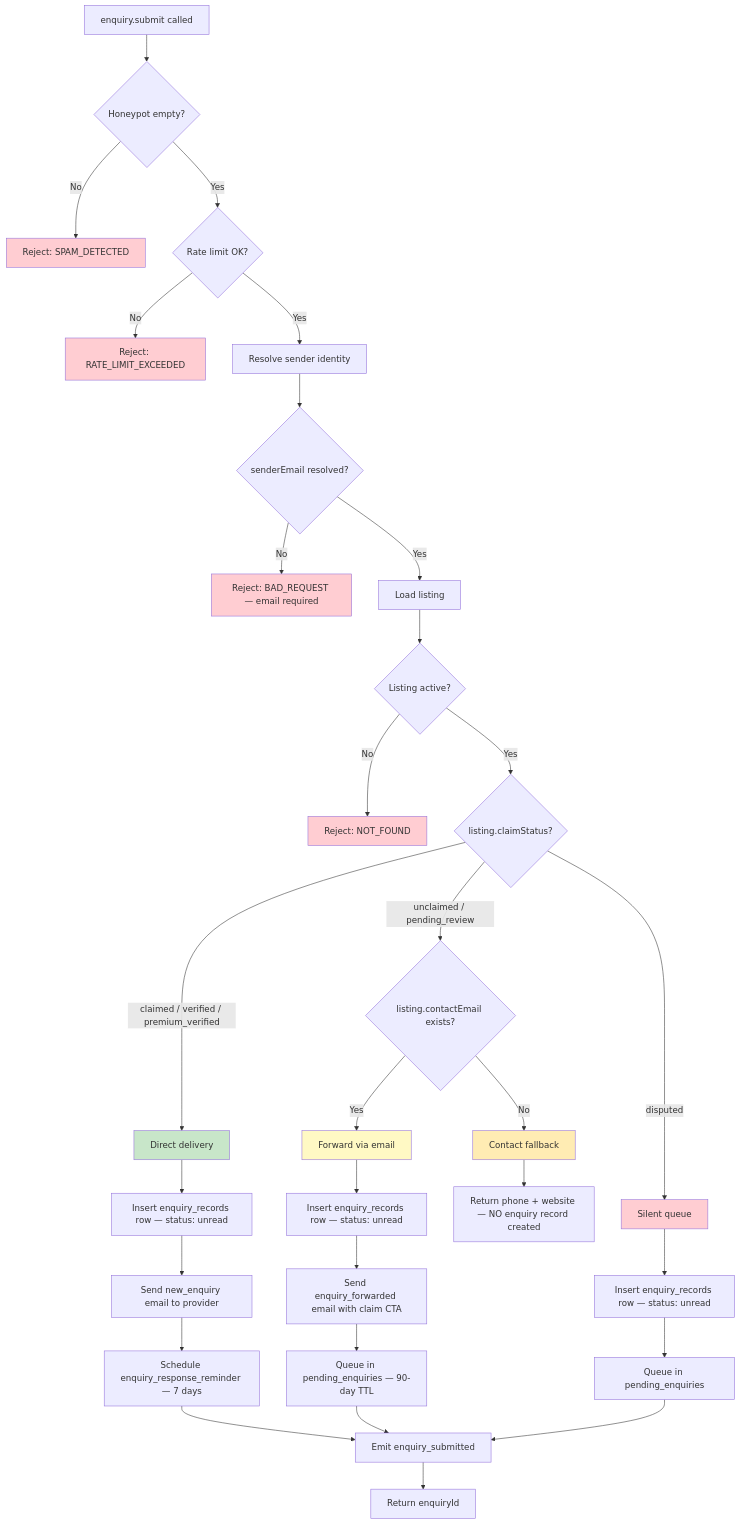
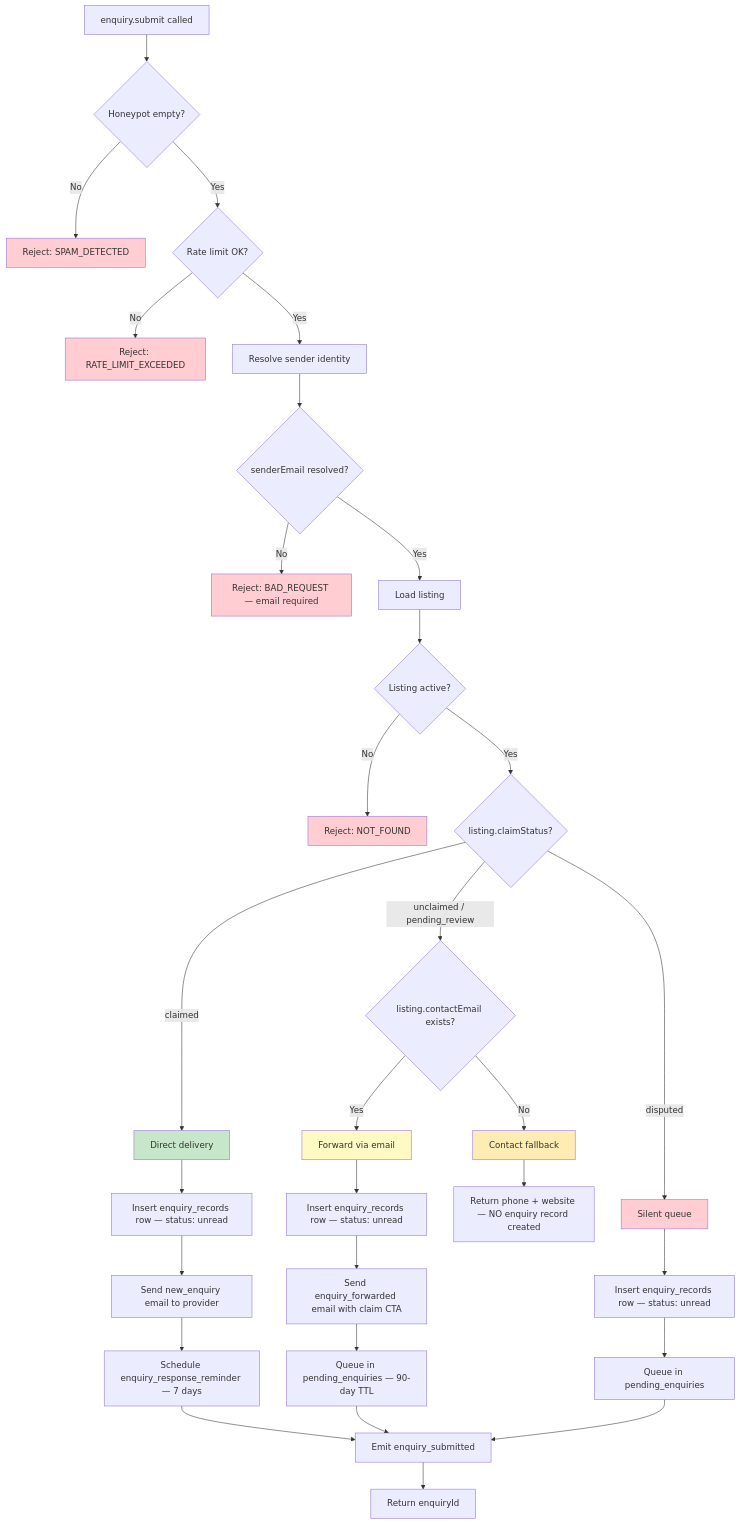
Before and after one commit to Rwb3n/callsheet: the diagram in 3-requirements/slices/slice-06-buyer-experience/03-enquiry-submission.md, drawn with Mermaid. The commit also changed other lines of this file and 525 other files, not shown here.

````diff
--- a/3-requirements/slices/slice-06-buyer-experience/03-enquiry-submission.md
+++ b/3-requirements/slices/slice-06-buyer-experience/03-enquiry-submission.md
@@ -71,46 +73,46 @@
 ```mermaid
 flowchart TD
     A[enquiry.submit called] --> B{Honeypot empty?}
     B -->|No| SPAM[Reject: SPAM_DETECTED]
     B -->|Yes| C{Rate limit OK?}
     C -->|No| RATE[Reject: RATE_LIMIT_EXCEEDED]
     C -->|Yes| D[Resolve sender identity]
     D --> E{senderEmail resolved?}
     E -->|No| ERR[Reject: BAD_REQUEST — email required]
     E -->|Yes| F[Load listing]
     F --> G{Listing active?}
     G -->|No| NF[Reject: NOT_FOUND]
     G -->|Yes| H{listing.claimStatus?}
 
-    H -->|claimed / verified / premium_verified| I[Direct delivery]
+    H -->|claimed| I[Direct delivery]
     I --> I1[Insert enquiry_records row — status: unread]
     I1 --> I2[Send new_enquiry email to provider]
     I2 --> I3[Schedule enquiry_response_reminder — 7 days]
     I3 --> Z[Emit enquiry_submitted]
 
     H -->|unclaimed / pending_review| J{listing.contactEmail exists?}
     J -->|Yes| K[Forward via email]
     K --> K1[Insert enquiry_records row — status: unread]
     K1 --> K2[Send enquiry_forwarded email with claim CTA]
     K2 --> K3[Queue in pending_enquiries — 90-day TTL]
     K3 --> Z
 
     J -->|No| L[Contact fallback]
     L --> L1[Return phone + website — NO enquiry record created]
 
     H -->|disputed| M[Silent queue]
     M --> M1[Insert enquiry_records row — status: unread]
     M1 --> M2[Queue in pending_enquiries]
     M2 --> Z
 
     Z --> RET[Return enquiryId]
 
     style SPAM fill:#ffcdd2
     style RATE fill:#ffcdd2
     style ERR fill:#ffcdd2
     style NF fill:#ffcdd2
     style I fill:#c8e6c9
     style K fill:#fff9c4
     style L fill:#ffecb3
     style M fill:#ffcdd2
 ```
````
